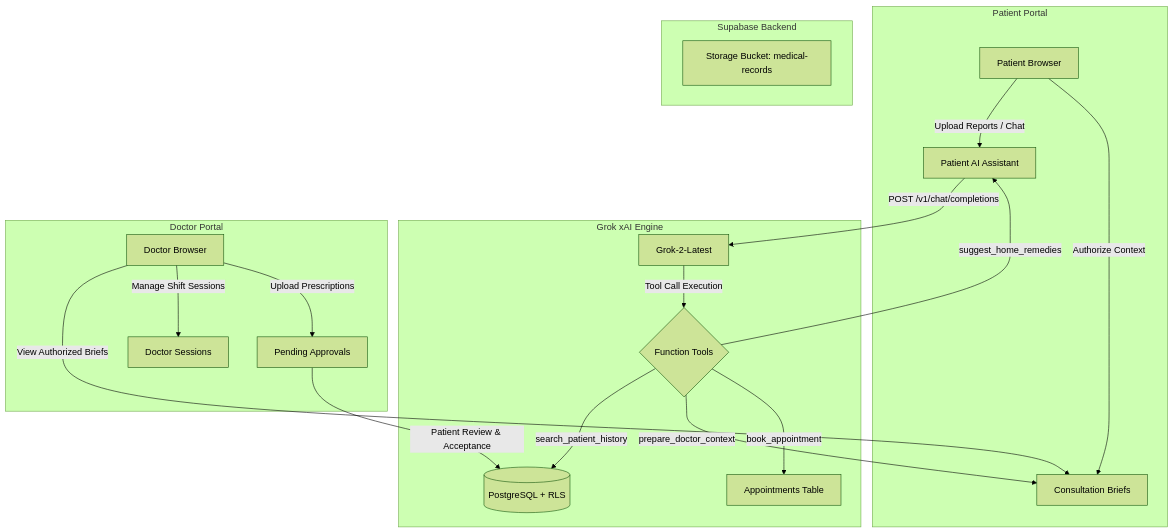
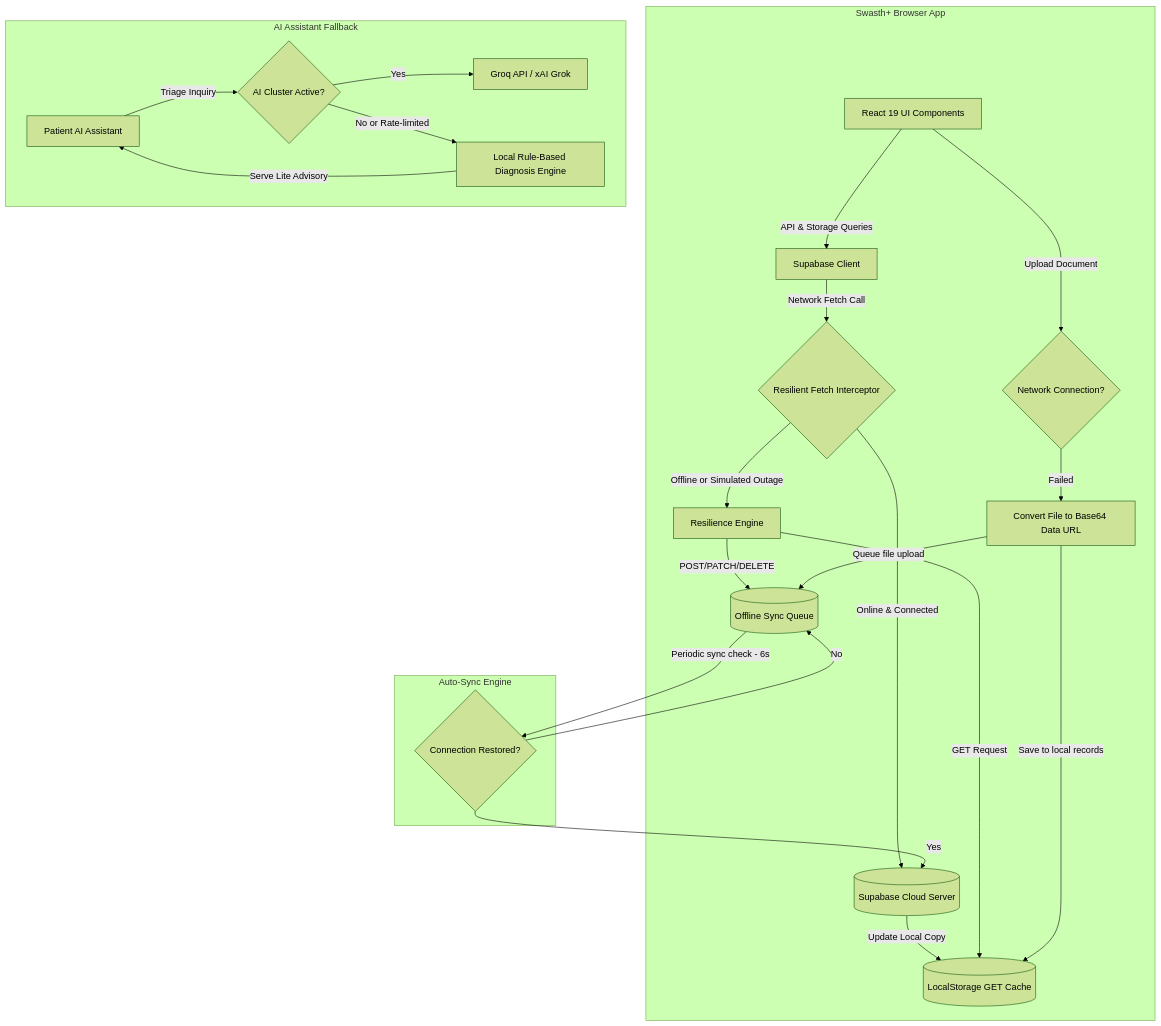
One commit to EliteDebuggers/hackathon3 changed the diagram in README.md. Above: the diagram before and after it, drawn with Mermaid (forest theme). The commit also changed other lines of this file and 6 other files, not shown here.

Commit message:
feat: implement client-side resilience & fault tolerance layer

````diff
--- a/README.md
+++ b/README.md
@@ -26,29 +16,35 @@
 ```mermaid
-flowchart TD
-    subgraph Patient Portal
-        P[Patient Browser] -->|Upload Reports / Chat| AI[Patient AI Assistant]
-        P -->|Authorize Context| CB[Consultation Briefs]
+flowchart TB
+    subgraph Client Application [Swasth+ Browser App]
+        UI[React 19 UI Components] -->|API & Storage Queries| Client[Supabase Client]
+        Client -->|Network Fetch Call| Interceptor{Resilient Fetch Interceptor}
+        
+        %% Normal online route
+        Interceptor -->|Online & Connected| DBServer[(Supabase Cloud Server)]
+        DBServer -->|Update Local Copy| Cache[(LocalStorage GET Cache)]
+        
+        %% Offline / Failure fallback route
+        Interceptor -->|Offline or Simulated Outage| Failover[Resilience Engine]
+        Failover -->|GET Request| Cache
+        Failover -->|POST/PATCH/DELETE| SyncQueue[(Offline Sync Queue)]
+        
+        %% Storage Fallback
+        UI -->|Upload Document| StorageCheck{Network Connection?}
+        StorageCheck -->|Failed| Base64Cache[Convert File to Base64 Data URL]
+        Base64Cache -->|Save to local records| Cache
+        Base64Cache -->|Queue file upload| SyncQueue
+    end
+    
+    subgraph Background Sync Worker [Auto-Sync Engine]
+        SyncQueue -->|Periodic sync check - 6s| SyncWorker{Connection Restored?}
+        SyncWorker -->|Yes| DBServer
+        SyncWorker -->|No| SyncQueue
     end
 
-    subgraph Grok xAI Engine
-        AI -->|POST /v1/chat/completions| GROK[Grok-2-Latest]
-        GROK -->|Tool Call Execution| TC{Function Tools}
-        TC -->|suggest_home_remedies| AI
-        TC -->|search_patient_history| DB
-        TC -->|prepare_doctor_context| CB
-        TC -->|book_appointment| APPT[Appointments Table]
+    subgraph Intelligent Triage [AI Assistant Fallback]
+        Chat[Patient AI Assistant] -->|Triage Inquiry| AICheck{AI Cluster Active?}
+        AICheck -->|Yes| GroqAPI[Groq API / xAI Grok]
+        AICheck -->|No or Rate-limited| RuleEngine[Local Rule-Based Diagnosis Engine]
+        RuleEngine -->|Serve Lite Advisory| Chat
     end
-
-    subgraph Supabase Backend
-        DB[(PostgreSQL + RLS)]
-        STORAGE[Storage Bucket: medical-records]
-    end
-
-    subgraph Doctor Portal
-        D[Doctor Browser] -->|View Authorized Briefs| CB
-        D -->|Manage Shift Sessions| SCHED[Doctor Sessions]
-        D -->|Upload Prescriptions| PENDING[Pending Approvals]
-    end
-
-    PENDING -->|Patient Review & Acceptance| DB
 ```
````
